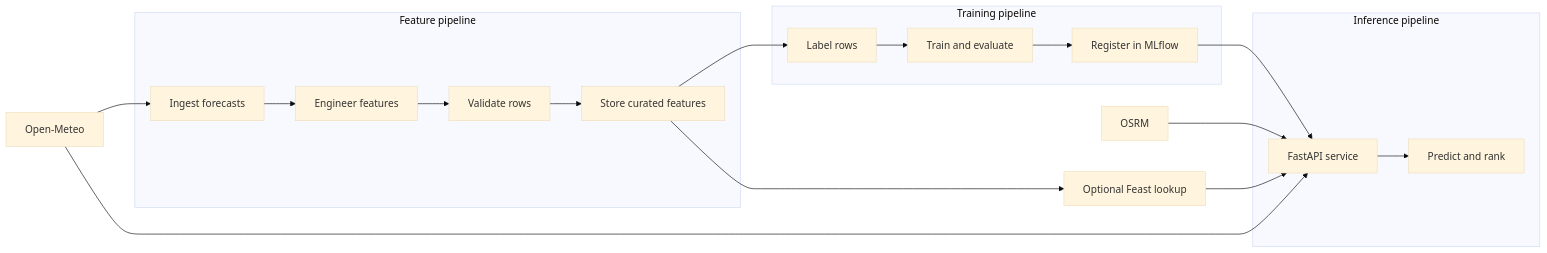
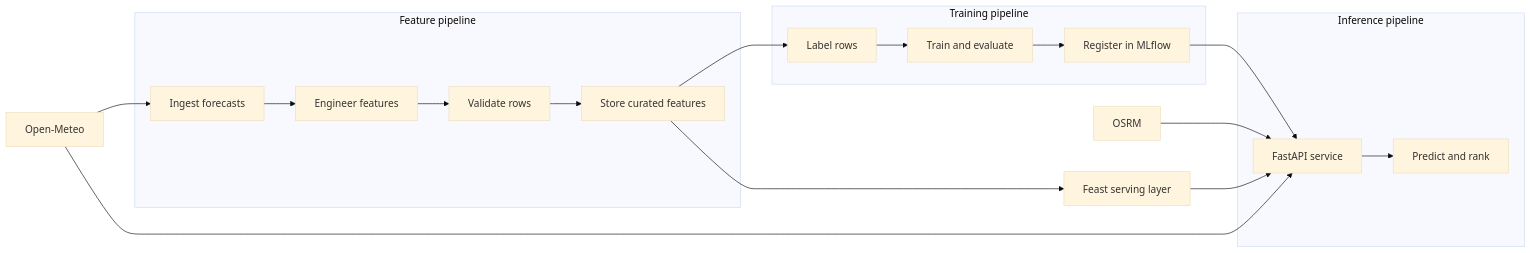
One commit to javihslu/foehncast changed the first of 5 diagrams in docs/site/system/architecture.md. Above: the diagram before and after it, drawn with Mermaid (base theme). The commit also changed other lines of this file and 64 other files, not shown here.

```diff
--- a/docs/site/system/architecture.md
+++ b/docs/site/system/architecture.md
@@ -12,31 +12,31 @@
 <div class="mermaid">
 flowchart LR
     subgraph Feature[Feature pipeline]
         ING[Ingest forecasts]
         ENG[Engineer features]
         VAL[Validate rows]
         STO[Store curated features]
         ING --> ENG --> VAL --> STO
     end
 
     subgraph Training[Training pipeline]
         LAB[Label rows]
         TRN[Train and evaluate]
         REG[Register in MLflow]
         LAB --> TRN --> REG
     end
 
     subgraph Inference[Inference pipeline]
         API[FastAPI service]
         RANK[Predict and rank]
         API --> RANK
     end
 
     STO --> LAB
     REG --> API
     OME[Open-Meteo] --> ING
     OME --> API
     OSRM[OSRM] --> API
-    STO --> FEAST[Optional Feast lookup]
+    STO --> FEAST[Feast serving layer]
     FEAST --> API
 </div>
```
